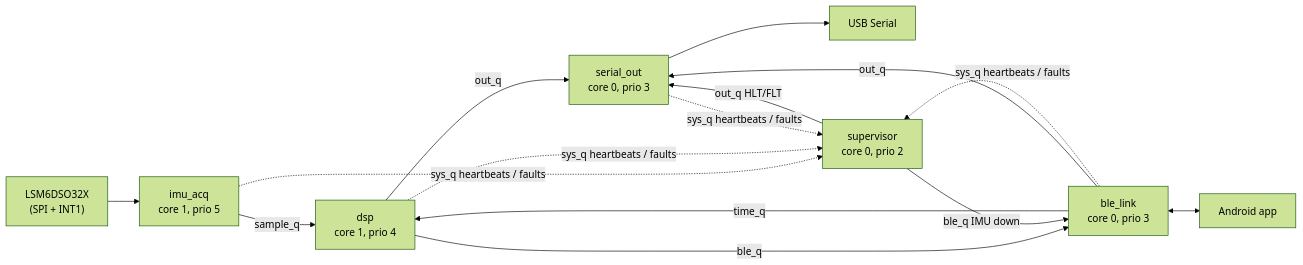
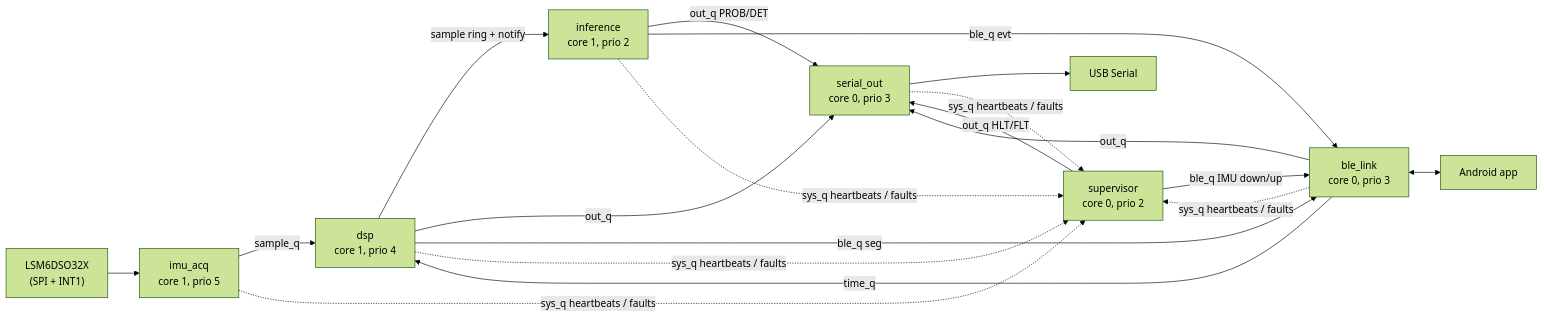
Before and after one commit to henryqla/ee475aut26team5: the diagram in firmware/FIRMWARE_SUMMARY.md, drawn with Mermaid (forest theme). The commit also changed other lines of this file and 16 other files, not shown here.

````diff
--- a/firmware/FIRMWARE_SUMMARY.md
+++ b/firmware/FIRMWARE_SUMMARY.md
@@ -57,14 +65,17 @@
 ```mermaid
 flowchart LR
     IMU["LSM6DSO32X<br/>(SPI + INT1)"] --> ACQ["imu_acq<br/>core 1, prio 5"]
     ACQ -->|sample_q| DSP["dsp<br/>core 1, prio 4"]
+    DSP -->|sample ring + notify| INF["inference<br/>core 1, prio 2"]
     DSP -->|out_q| SER["serial_out<br/>core 0, prio 3"]
-    DSP -->|ble_q| BLE["ble_link<br/>core 0, prio 3"]
+    DSP -->|ble_q seg| BLE["ble_link<br/>core 0, prio 3"]
+    INF -->|out_q PROB/DET| SER
+    INF -->|ble_q evt| BLE
     BLE -->|time_q| DSP
     BLE -->|out_q| SER
     SER --> USB["USB Serial"]
     BLE <--> APP["Android app"]
-    ACQ & DSP & SER & BLE -.->|sys_q heartbeats / faults| SUP["supervisor<br/>core 0, prio 2"]
+    ACQ & DSP & SER & BLE & INF -.->|sys_q heartbeats / faults| SUP["supervisor<br/>core 0, prio 2"]
     SUP -->|out_q HLT/FLT| SER
-    SUP -->|ble_q IMU down| BLE
+    SUP -->|ble_q IMU down/up| BLE
 ```
````
